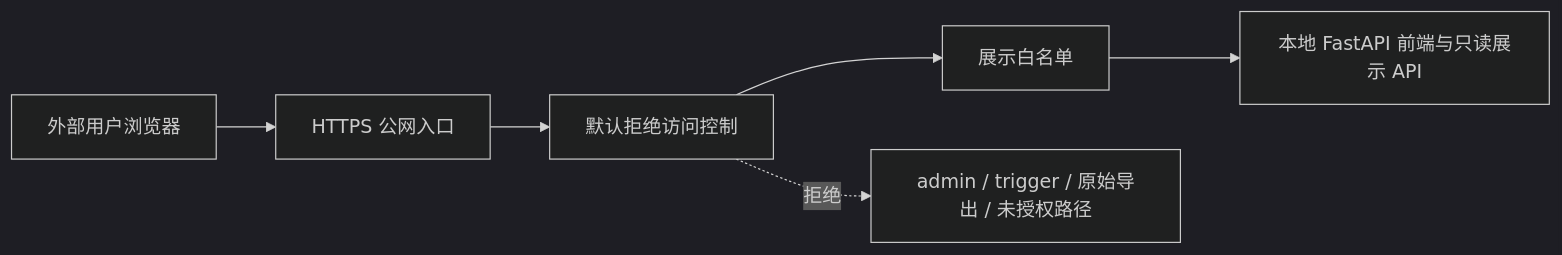
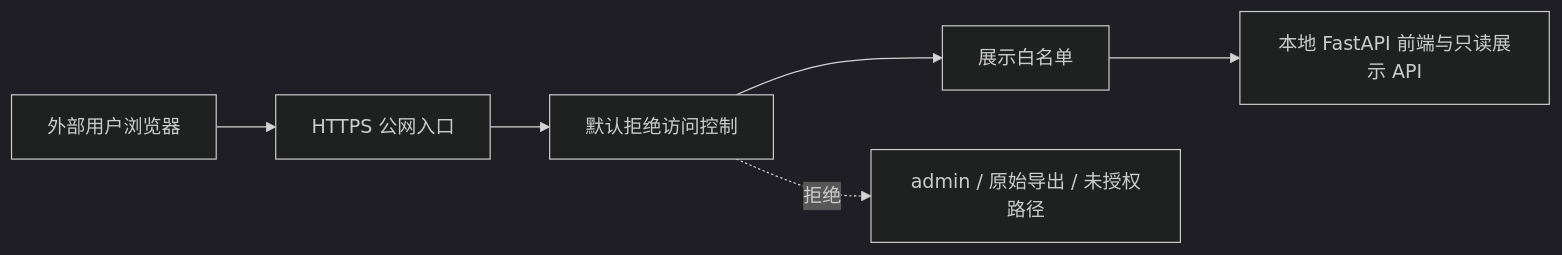
One commit to lucky1day/finlab-graylab changed the first of 2 diagrams in docs/product/GRAY_LAB_USER_MANUAL.md. Above: the diagram before and after it, drawn with Mermaid (dark theme). The commit also changed other lines of this file and 9 other files, not shown here.

````diff
--- a/docs/product/GRAY_LAB_USER_MANUAL.md
+++ b/docs/product/GRAY_LAB_USER_MANUAL.md
@@ -194,8 +193,8 @@
 ```mermaid
 flowchart LR
     A["外部用户浏览器"] --> B["HTTPS 公网入口"]
     B --> C["默认拒绝访问控制"]
     C --> D["展示白名单"]
     D --> E["本地 FastAPI 前端与只读展示 API"]
-    C -.拒绝.-> F["admin / trigger / 原始导出 / 未授权路径"]
+    C -.拒绝.-> F["admin / 原始导出 / 未授权路径"]
 ```
````
